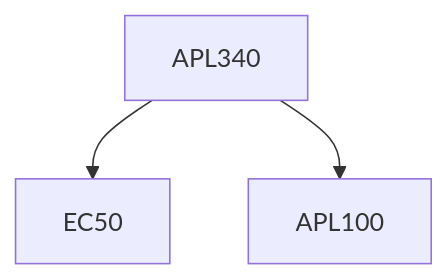
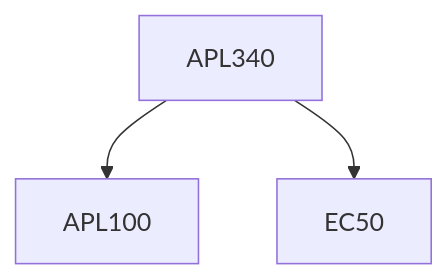
One commit to KeshavBansal0122/CoS_Website changed the diagram in content/Applied Mechanics/APL340.md. Above: the diagram before and after it, drawn with Mermaid. The commit also changed other lines of this file and 2662 other files, not shown here.

````diff
--- a/content/Applied Mechanics/APL340.md
+++ b/content/Applied Mechanics/APL340.md
@@ -13,9 +13,9 @@
 ```mermaid
 flowchart TD
 APL340-26[APL340]
+APL340-26 --> APL100-26[APL100]
 APL340-26 --> EC50-26[EC50]
-APL340-26 --> APL100-26[APL100]
 
 classDef empty height:17px, fill:transparent, stroke:transparent;
 classDef trueEmpty height:0px, width:0px;
 ```
````
